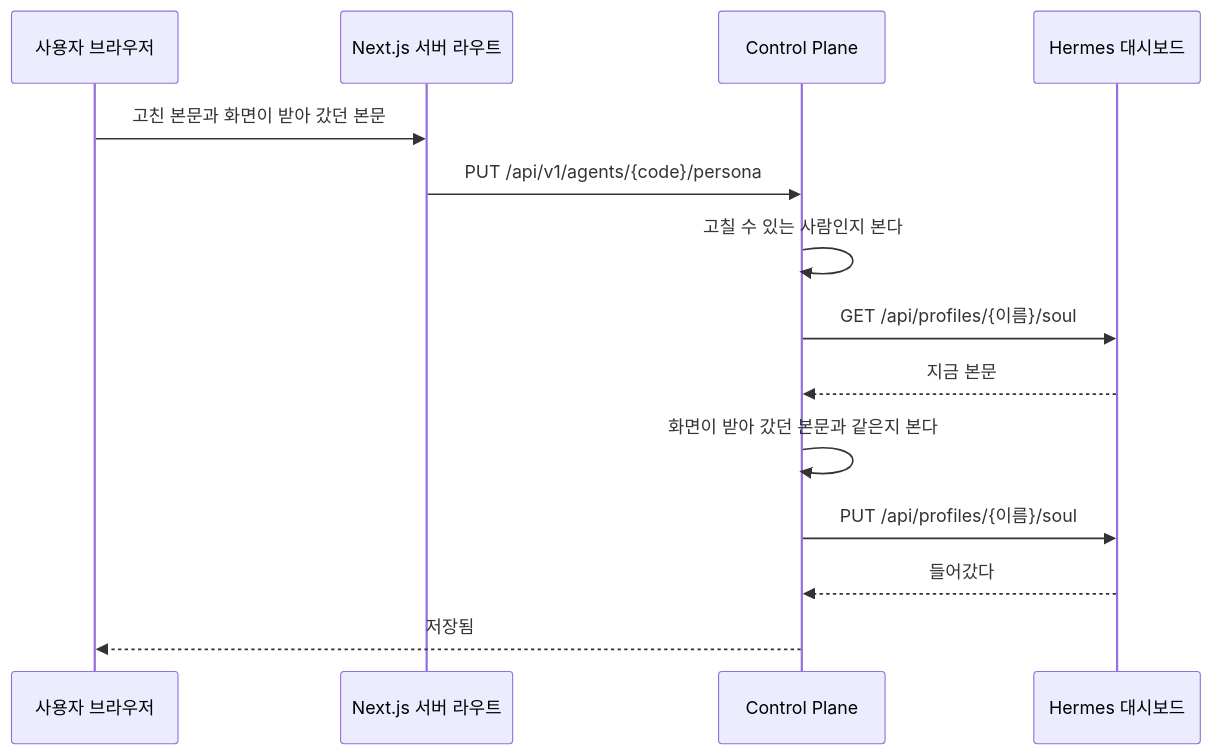
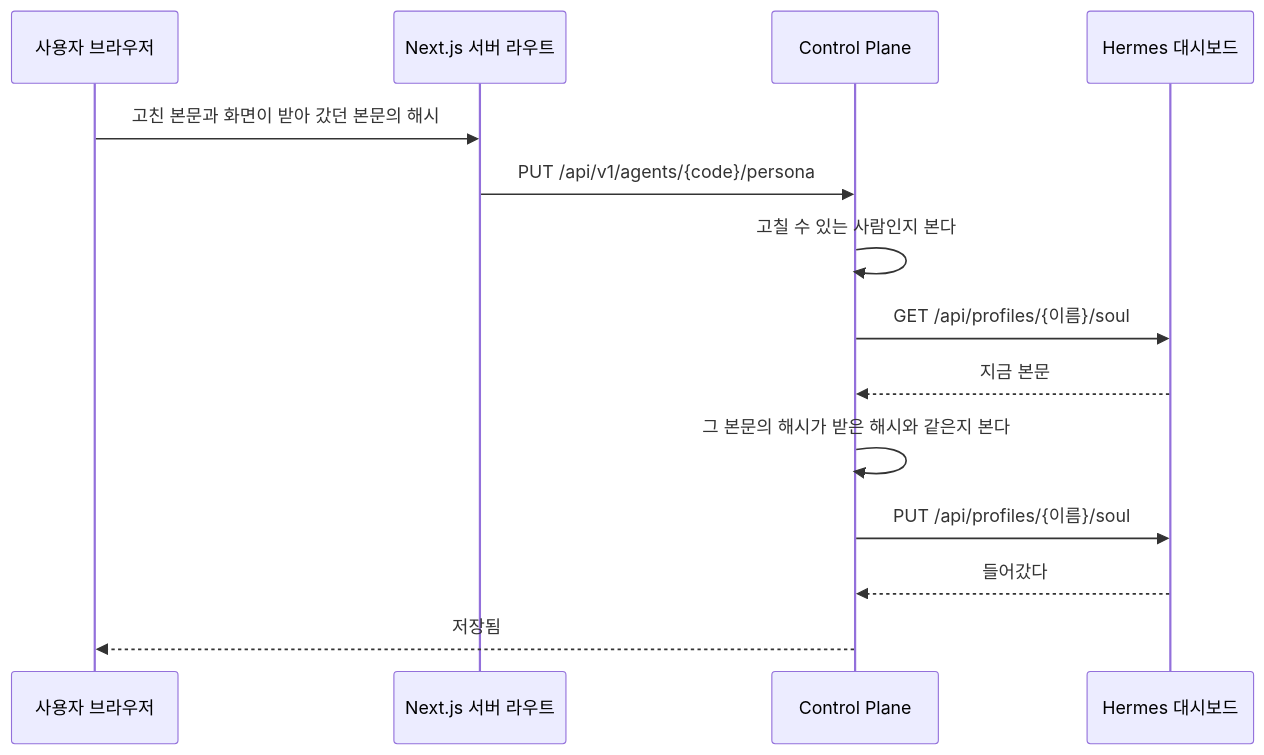
The fourth of 8 diagrams in docs/flow.md (jon890/fos-assistant), drawn with Mermaid before and after one commit. The commit also changed 3 other files, not shown here.

````diff
--- a/docs/flow.md
+++ b/docs/flow.md
@@ -149,17 +149,17 @@
 ```mermaid
 sequenceDiagram
     participant U as 사용자 브라우저
     participant W as Next.js 서버 라우트
     participant C as Control Plane
     participant D as Hermes 대시보드
 
-    U->>W: 고친 본문과 화면이 받아 갔던 본문
+    U->>W: 고친 본문과 화면이 받아 갔던 본문의 해시
     W->>C: PUT /api/v1/agents/{code}/persona
     C->>C: 고칠 수 있는 사람인지 본다
     C->>D: GET /api/profiles/{이름}/soul
     D-->>C: 지금 본문
-    C->>C: 화면이 받아 갔던 본문과 같은지 본다
+    C->>C: 그 본문의 해시가 받은 해시와 같은지 본다
     C->>D: PUT /api/profiles/{이름}/soul
     D-->>C: 들어갔다
     C-->>U: 저장됨
 ```
````
